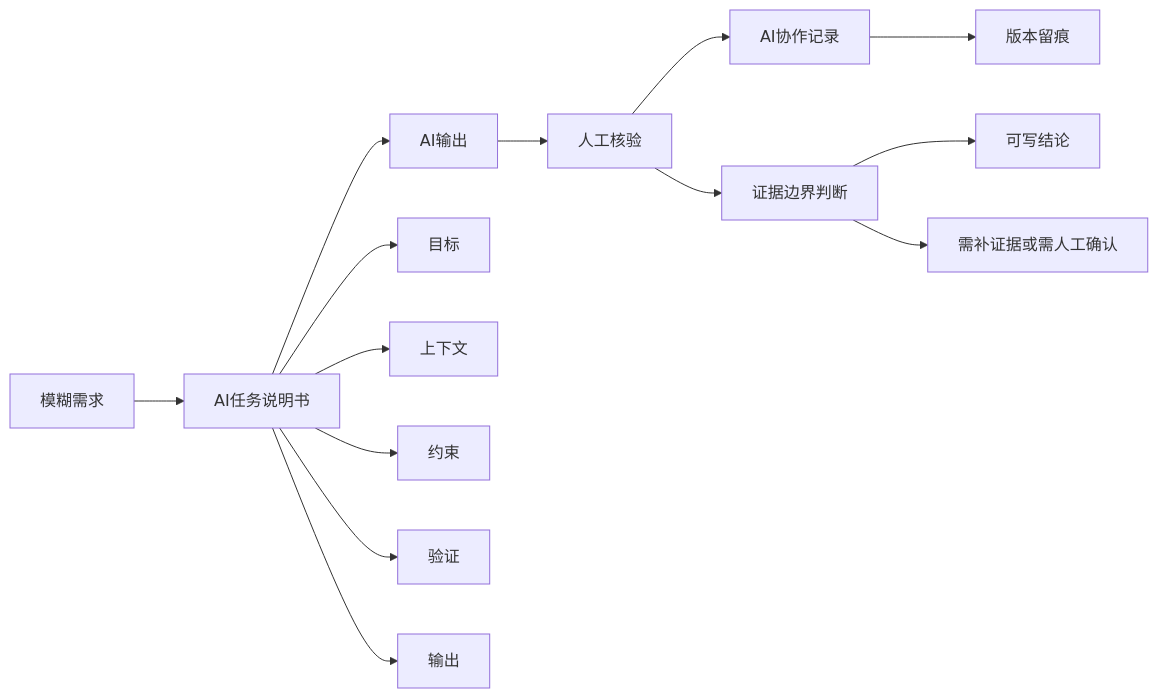
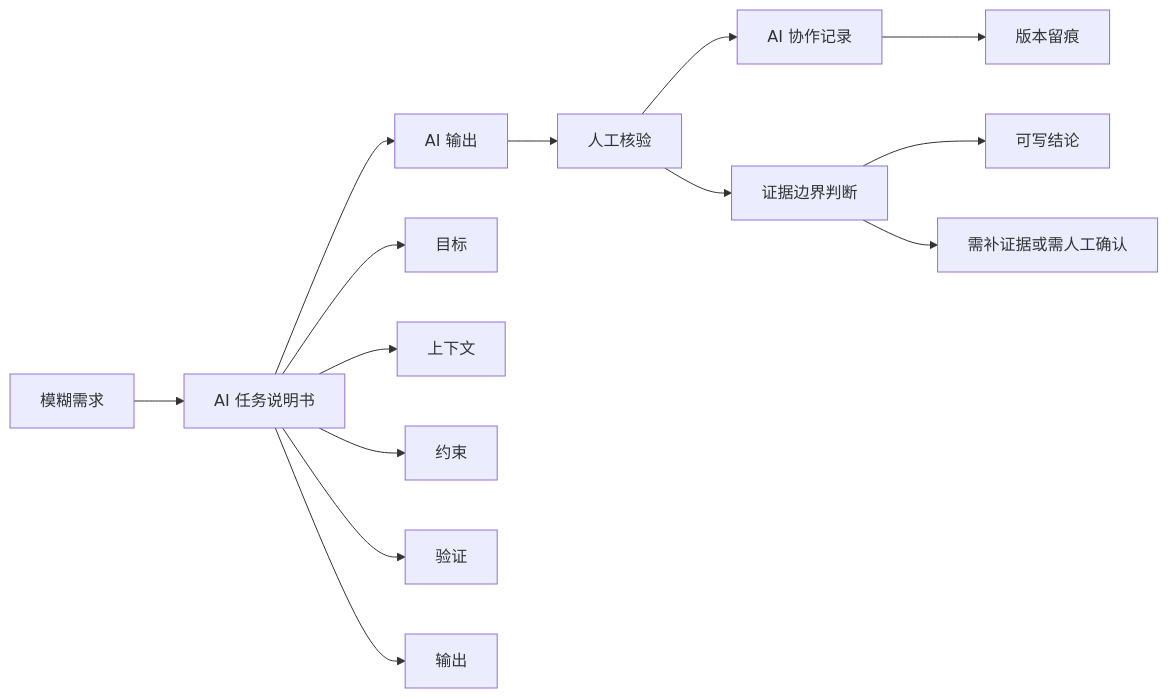
The first of 3 diagrams in docs/chapters/chapter-3/index.md (luvega/AI_MED_DataVis), drawn with Mermaid before and after one commit. The commit also changed other lines of this file and 84 other files, not shown here.

````diff
--- a/docs/chapters/chapter-3/index.md
+++ b/docs/chapters/chapter-3/index.md
@@ -52,17 +65,17 @@
 ```mermaid
 flowchart LR
-  A["模糊需求"] --> B["AI任务说明书"]
-  B --> C["AI输出"]
+  A["模糊需求"] --> B["AI 任务说明书"]
+  B --> C["AI 输出"]
   C --> D["人工核验"]
-  D --> E["AI协作记录"]
+  D --> E["AI 协作记录"]
   E --> F["版本留痕"]
   D --> G["证据边界判断"]
   G --> H["可写结论"]
   G --> I["需补证据或需人工确认"]
 
   B --> B1["目标"]
   B --> B2["上下文"]
   B --> B3["约束"]
   B --> B4["验证"]
   B --> B5["输出"]
 ```
````
